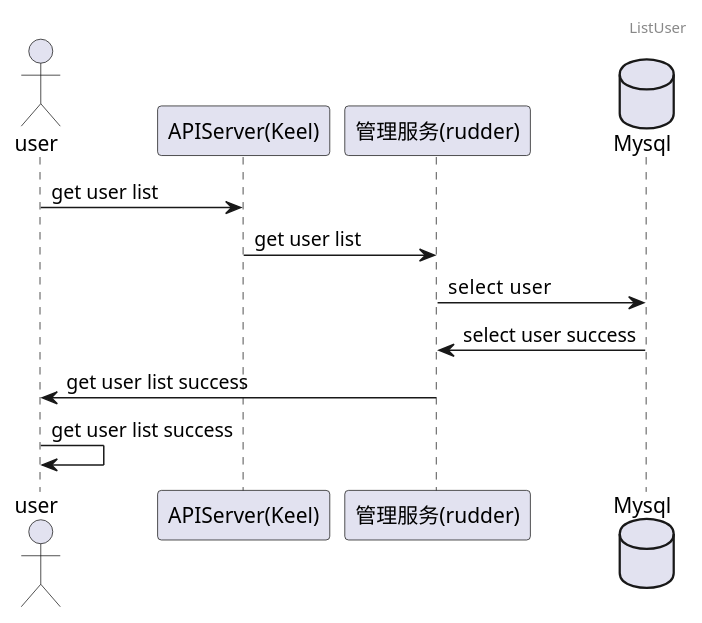
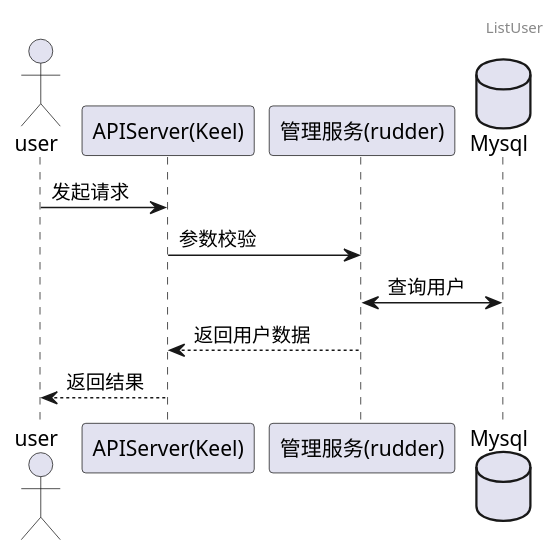
The seventh of 10 diagrams in docs/api/appendix/plantuml/user-manager-tenant.md (tkeel-io/docs), drawn with PlantUML before and after one commit. The commit also changed other lines of this file and 2 other files, not shown here.

````diff
--- a/docs/api/appendix/plantuml/user-manager-tenant.md
+++ b/docs/api/appendix/plantuml/user-manager-tenant.md
@@ -117,14 +117,15 @@
 ```plantuml
-
+@startuml
 header ListUser
 actor user
 participant "APIServer(Keel)"  as keel
 participant "管理服务(rudder)" as TenantService
 database Mysql
-user->keel: get user list
-keel->TenantService: get user list
-TenantService->Mysql: select  user
-Mysql->TenantService: select user success
-TenantService->user:get user list success
-user->user:get user list success
+user->keel: 发起请求
+keel->TenantService: 参数校验
+TenantService<->Mysql: 查询用户
+TenantService-->keel:返回用户数据
+keel-->user:返回结果
+@enduml
+
 ```
````
